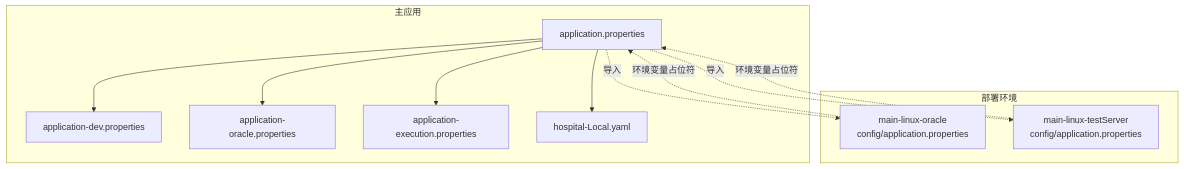
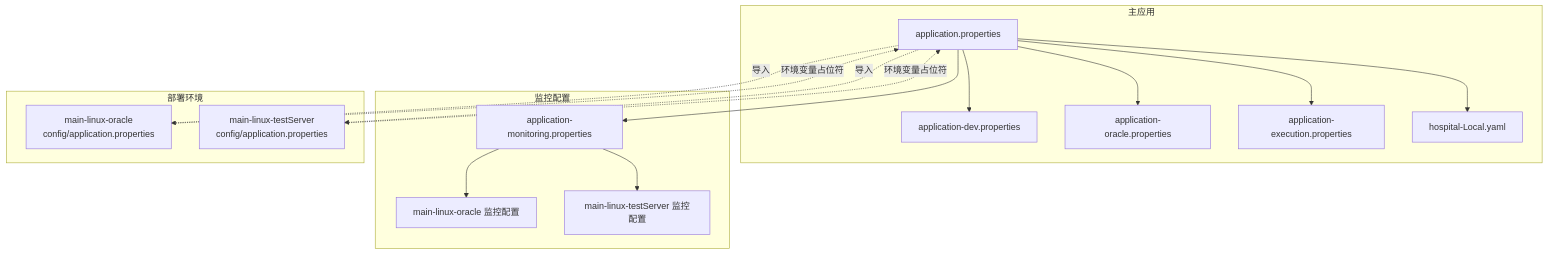
One commit to liuzh2008/med_ai_assistant_workspace changed the second of 4 diagrams in .qoder/repowiki/zh/content/配置管理/应用配置.md. Above: the diagram before and after it, drawn with Mermaid. The commit also changed other lines of this file and 4 other files, not shown here.

````diff
--- a/.qoder/repowiki/zh/content/配置管理/应用配置.md
+++ b/.qoder/repowiki/zh/content/配置管理/应用配置.md
@@ -104,22 +117,30 @@
 ```mermaid
 graph TB
 subgraph "主应用"
 M1["application.properties"]
 M2["application-dev.properties"]
 M3["application-oracle.properties"]
 M4["application-execution.properties"]
 M5["hospital-Local.yaml"]
 end
+subgraph "监控配置"
+C1["application-monitoring.properties"]
+C2["main-linux-oracle 监控配置"]
+C3["main-linux-testServer 监控配置"]
+end
 subgraph "部署环境"
 E1["main-linux-oracle<br/>config/application.properties"]
 E2["main-linux-testServer<br/>config/application.properties"]
 end
 M1 --> M2
 M1 --> M3
 M1 --> M4
 M1 --> M5
+M1 --> C1
+C1 --> C2
+C1 --> C3
 M1 -. 导入 .-> E1
 M1 -. 导入 .-> E2
 E1 -. 环境变量占位符 .-> M1
 E2 -. 环境变量占位符 .-> M1
 ```
````
